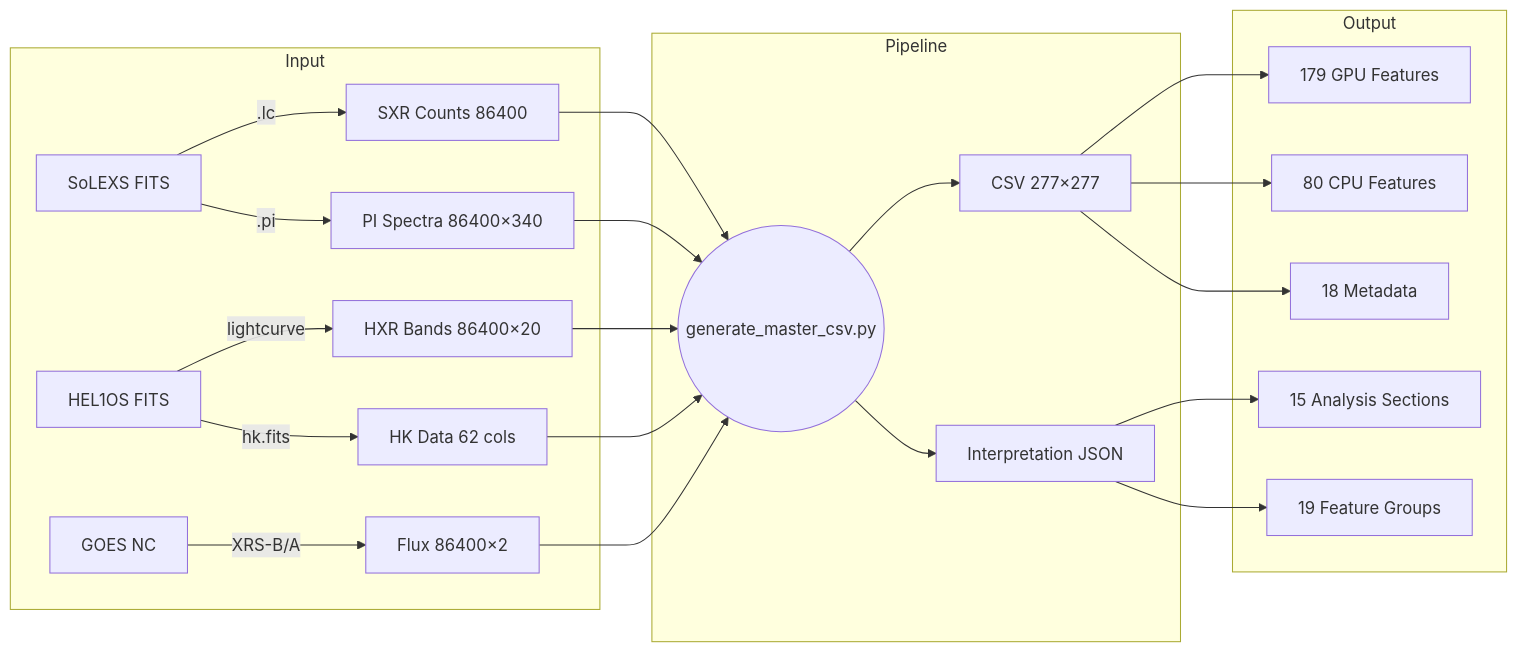
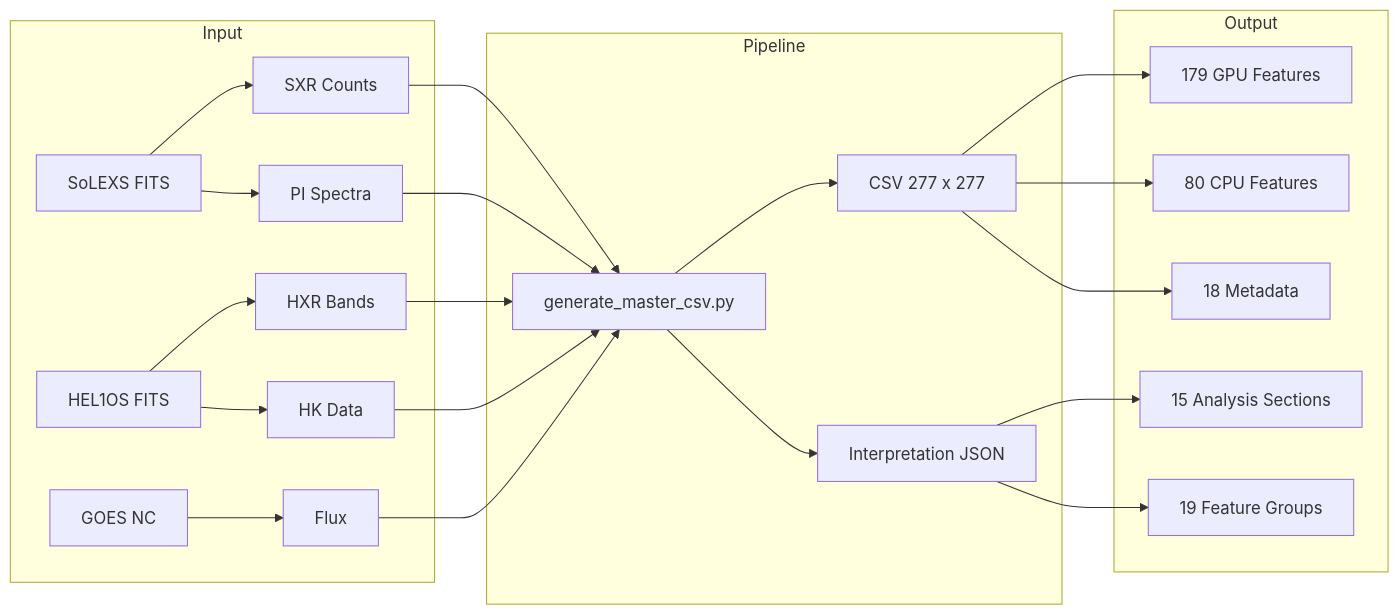
One commit to Shuvam-Banerji-Seal/ISRO-BAH-IISERK changed the second of 4 diagrams in README.md. Above: the diagram before and after it, drawn with Mermaid. The commit also changed other lines of this file, not shown here.

First line of the commit message:
fix: Mermaid diagram syntax — remove HTML entities, fix quotes, simplify labels

````diff
--- a/README.md
+++ b/README.md
@@ -102,28 +82,28 @@
 ```mermaid
 flowchart LR
     subgraph Input
-        A[SoLEXS FITS] -->|.lc| B[SXR Counts 86400]
-        A -->|.pi| C[PI Spectra 86400×340]
-        D[HEL1OS FITS] -->|lightcurve| E[HXR Bands 86400×20]
-        D -->|hk.fits| F[HK Data 62 cols]
-        G[GOES NC] -->|XRS-B/A| H[Flux 86400×2]
+        A1[SoLEXS FITS] --> B1[SXR Counts]
+        A1 --> C1[PI Spectra]
+        D1[HEL1OS FITS] --> E1[HXR Bands]
+        D1 --> F1[HK Data]
+        G1[GOES NC] --> H1[Flux]
     end
 
     subgraph Pipeline
-        B --> I((generate_master_csv.py))
-        C --> I
-        E --> I
-        F --> I
-        H --> I
-        I --> J[CSV 277×277]
-        I --> K[Interpretation JSON]
+        B1 --> I1[generate_master_csv.py]
+        C1 --> I1
+        E1 --> I1
+        F1 --> I1
+        H1 --> I1
+        I1 --> J1[CSV 277 x 277]
+        I1 --> K1[Interpretation JSON]
     end
 
     subgraph Output
-        J --> L[179 GPU Features]
-        J --> M[80 CPU Features]
-        J --> N[18 Metadata]
-        K --> O[15 Analysis Sections]
-        K --> P[19 Feature Groups]
+        J1 --> L1[179 GPU Features]
+        J1 --> M1[80 CPU Features]
+        J1 --> N1[18 Metadata]
+        K1 --> O1[15 Analysis Sections]
+        K1 --> P1[19 Feature Groups]
     end
 ```
````
